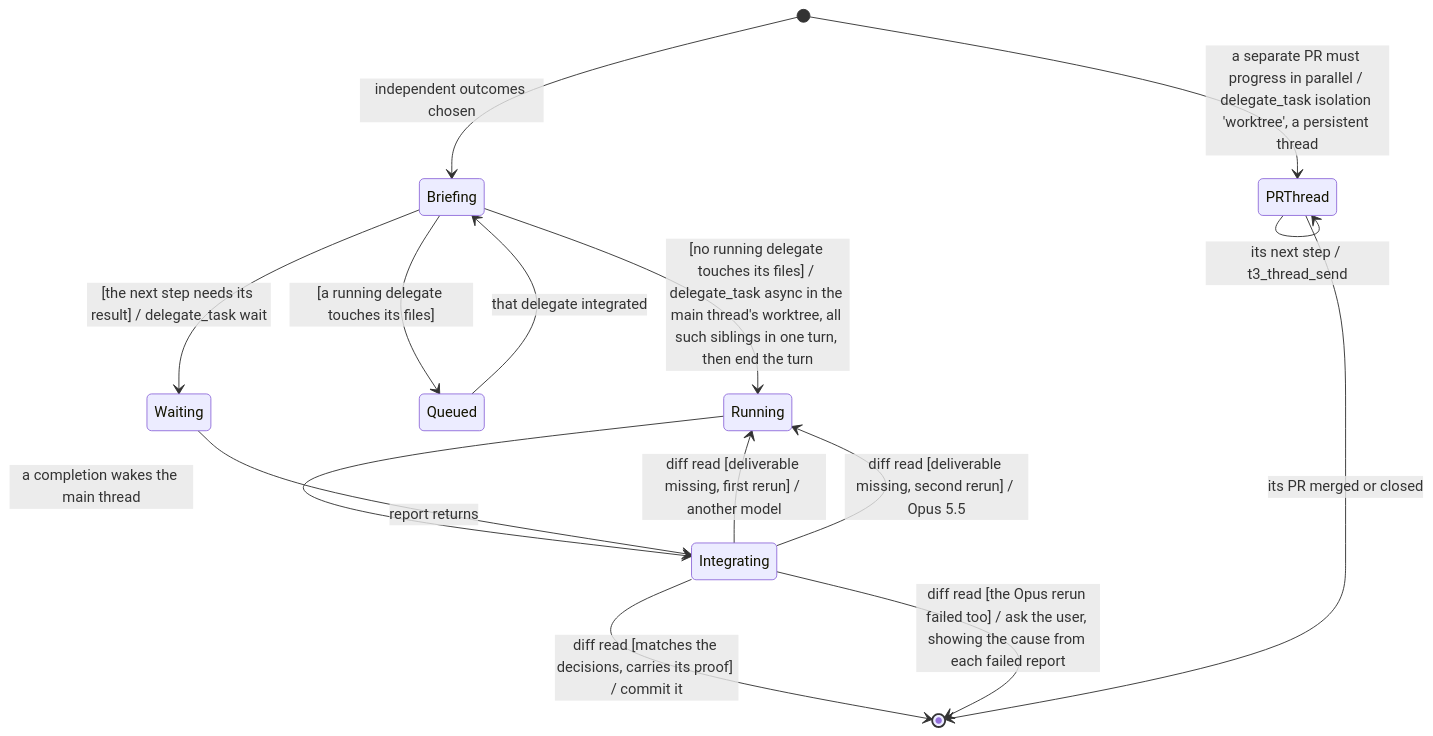
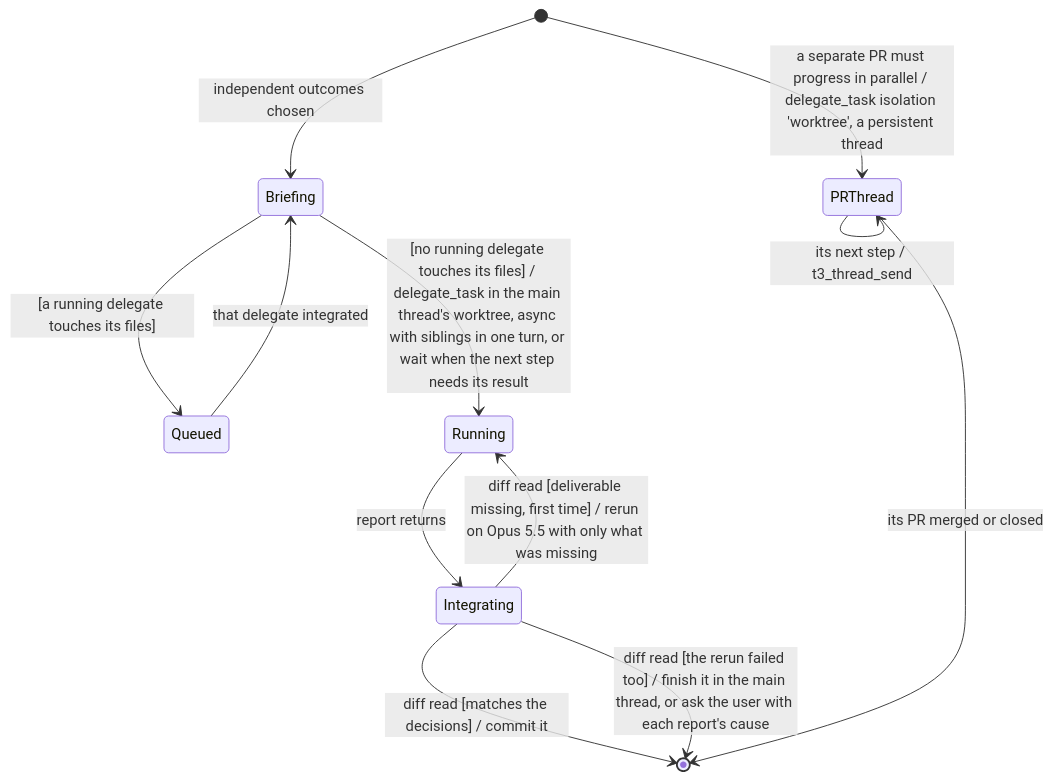
The second of 3 diagrams in .claude/skills/orchestrator/SKILL.md (MP281X/deslop), drawn with Mermaid before and after one commit. The commit also changed other lines of this file and 8 other files, not shown here.

Commit message:
Checks wait for settle; one rerun, one review; no handoff files

````diff
--- a/.claude/skills/orchestrator/SKILL.md
+++ b/.claude/skills/orchestrator/SKILL.md
@@ -52,17 +53,14 @@
 ```mermaid
 stateDiagram-v2
     [*] --> Briefing : independent outcomes chosen
-    Briefing --> Running : [no running delegate touches its files] / delegate_task async in the main thread's worktree, all such siblings in one turn, then end the turn
     Briefing --> Queued : [a running delegate touches its files]
     Queued --> Briefing : that delegate integrated
-    Briefing --> Waiting : [the next step needs its result] / delegate_task wait
-    Running --> Integrating : a completion wakes the main thread
-    Waiting --> Integrating : report returns
-    Integrating --> [*] : diff read [matches the decisions, carries its proof] / commit it
-    Integrating --> Running : diff read [deliverable missing, first rerun] / another model
-    Integrating --> Running : diff read [deliverable missing, second rerun] / Opus 5.5
-    Integrating --> [*] : diff read [the Opus rerun failed too] / ask the user, showing the cause from each failed report
+    Briefing --> Running : [no running delegate touches its files] / delegate_task in the main thread's worktree, async with siblings in one turn, or wait when the next step needs its result
+    Running --> Integrating : report returns
+    Integrating --> [*] : diff read [matches the decisions] / commit it
+    Integrating --> Running : diff read [deliverable missing, first time] / rerun on Opus 5.5 with only what was missing
+    Integrating --> [*] : diff read [the rerun failed too] / finish it in the main thread, or ask the user with each report's cause
     [*] --> PRThread : a separate PR must progress in parallel / delegate_task isolation 'worktree', a persistent thread
     PRThread --> PRThread : its next step / t3_thread_send
     PRThread --> [*] : its PR merged or closed
 ```
````
